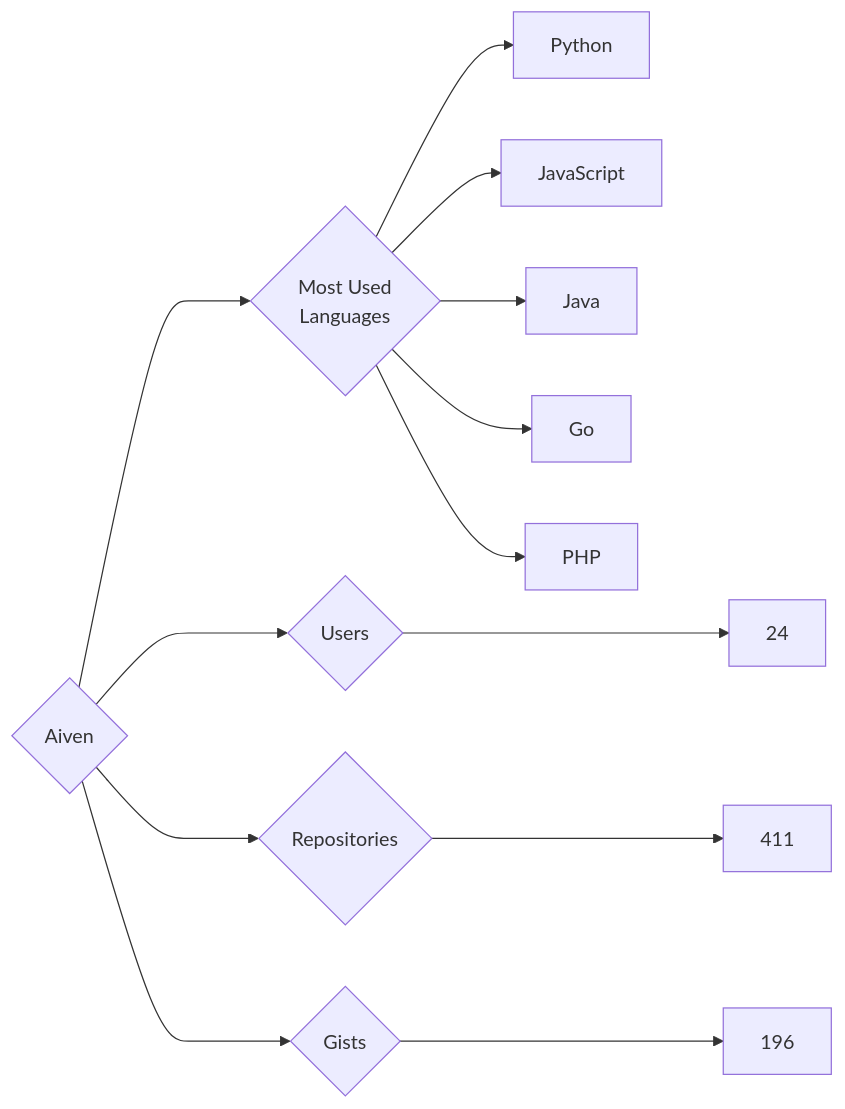
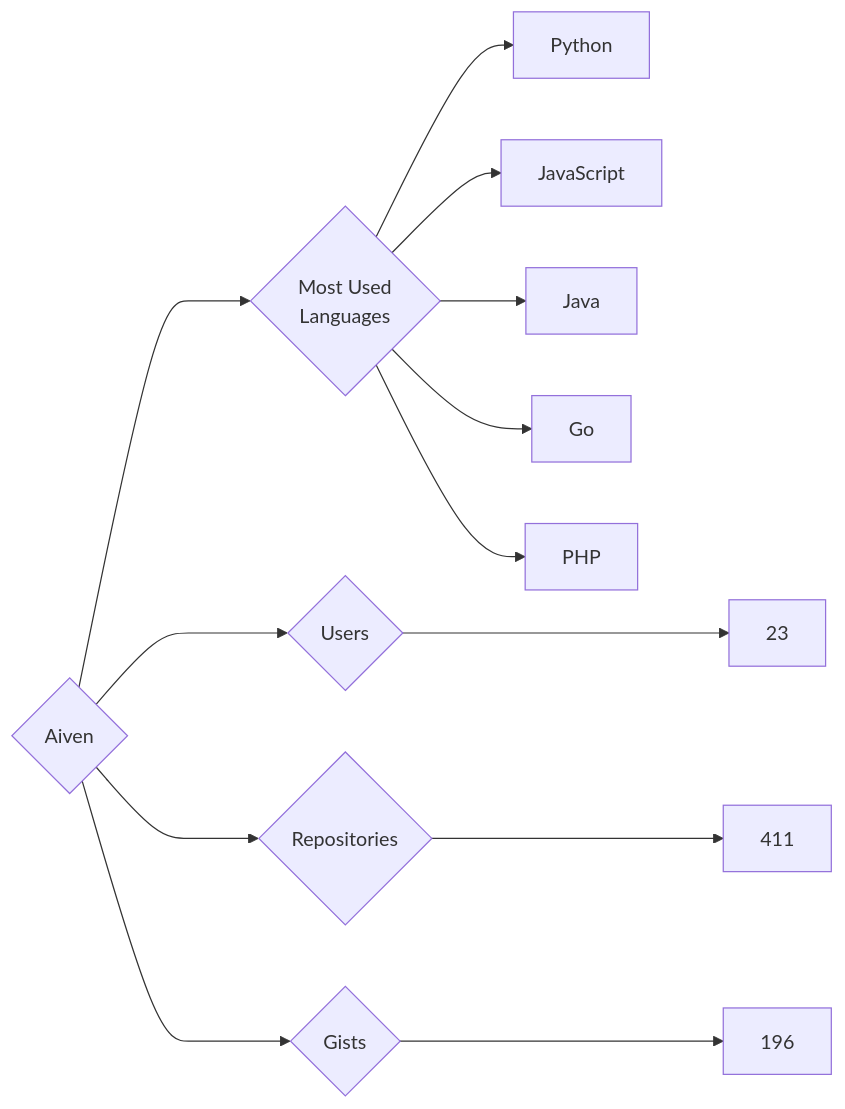
One commit to trickest/insiders changed the diagram in targets/Aiven/README.md. Above: the diagram before and after it, drawn with Mermaid. The commit also changed 782 other files, not shown here.

````diff
--- a/targets/Aiven/README.md
+++ b/targets/Aiven/README.md
@@ -3,13 +3,13 @@
 ```mermaid
 graph LR
 COMPANY_NAME{Aiven}
-COMPANY_NAME ---> U{Users} ---> UN[24]
+COMPANY_NAME ---> U{Users} ---> UN[23]
 COMPANY_NAME ---> R{Repositories} ---> RN[411]
 COMPANY_NAME ---> G{Gists} ---> GN[196]
 COMPANY_NAME ---> ML{Most Used<br>Languages}
 ML --> Python[Python]
 ML --> JavaScript[JavaScript]
 ML --> Java[Java]
 ML --> Go[Go]
 ML --> PHP[PHP]
 ```
````
